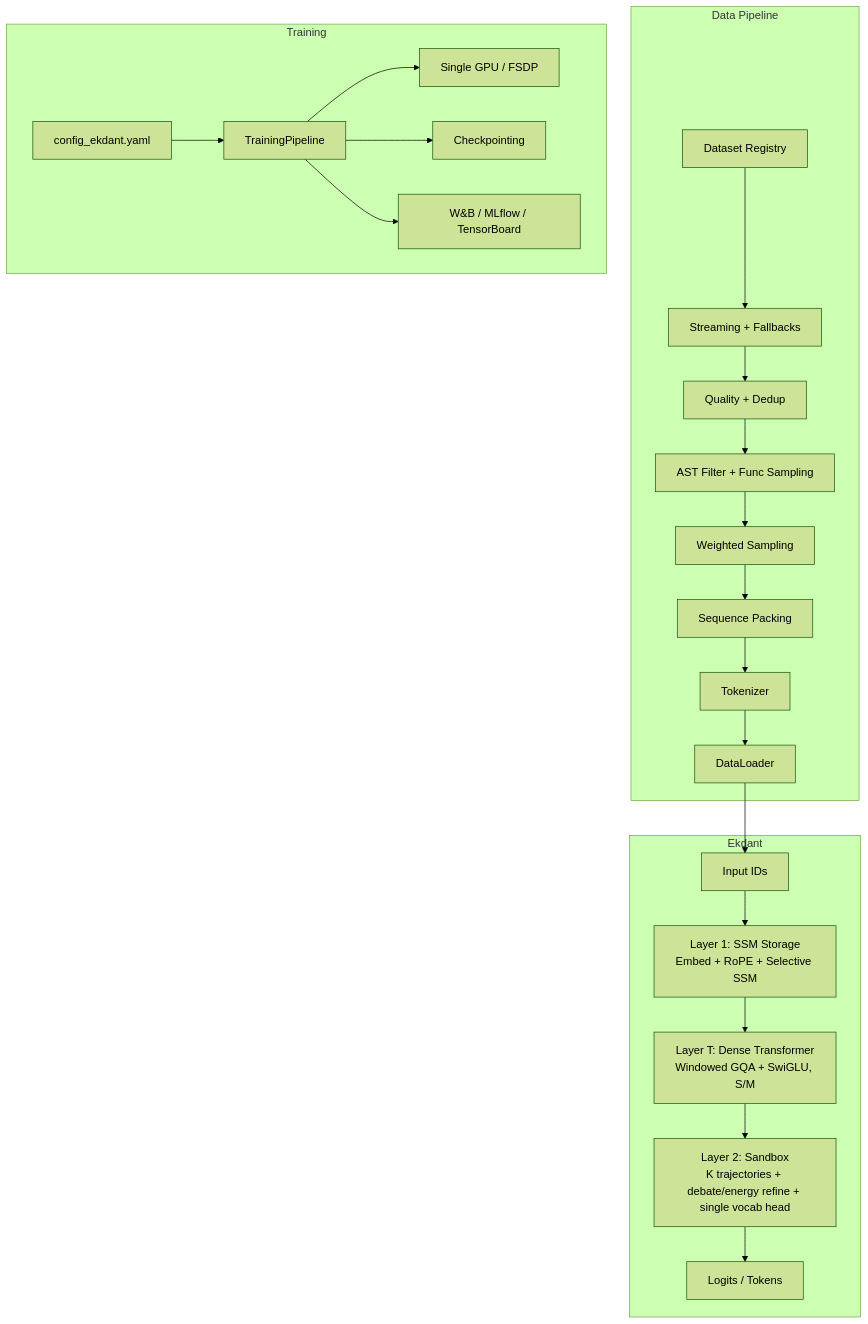
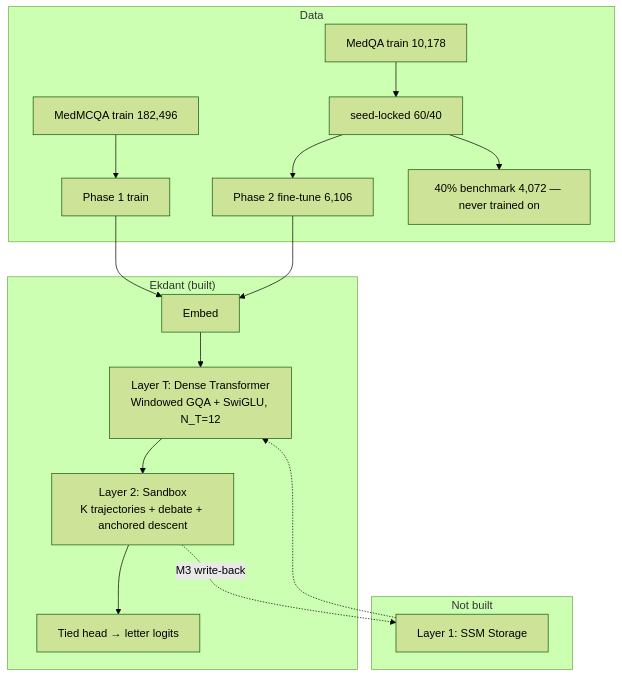
Before and after one commit to N0t-Harshil/Ekdant-LLM: the diagram in 01-Introduction/01_Project_Overview.md, drawn with Mermaid (forest theme). The commit also changed other lines of this file and 24 other files, not shown here.

First line of the commit message:
Align thesis and docs to the built T+L2 model on MedMCQA/MedQA

````diff
--- a/01-Introduction/01_Project_Overview.md
+++ b/01-Introduction/01_Project_Overview.md
@@ -36,27 +35,20 @@
 ```mermaid
 graph TB
-    subgraph "Data Pipeline"
-        REG[Dataset Registry] --> STREAM[Streaming + Fallbacks]
-        STREAM --> QUAL[Quality + Dedup]
-        QUAL --> AST[AST Filter + Func Sampling]
-        AST --> WS[Weighted Sampling]
-        WS --> PACK[Sequence Packing]
-        PACK --> TOK[Tokenizer]
-        TOK --> DL[DataLoader]
+    subgraph "Data"
+        MM[MedMCQA train 182,496] --> P1[Phase 1 train]
+        MQ[MedQA train 10,178] --> SPLIT[seed-locked 60/40]
+        SPLIT --> P2[Phase 2 fine-tune 6,106]
+        SPLIT --> BENCH[40% benchmark 4,072 — never trained on]
     end
-
-    subgraph "Ekdant"
-        DL --> INP[Input IDs]
-        INP --> L1[Layer 1: SSM Storage<br/>Embed + RoPE + Selective SSM]
-        L1 --> TR[Layer T: Dense Transformer<br/>Windowed GQA + SwiGLU, S/M]
-        TR --> L2[Layer 2: Sandbox<br/>K trajectories + debate/energy refine + single vocab head]
-        L2 --> OUT[Logits / Tokens]
+    subgraph "Ekdant (built)"
+        P1 --> EMB[Embed]
+        P2 --> EMB
+        EMB --> TR[Layer T: Dense Transformer<br/>Windowed GQA + SwiGLU, N_T=12]
+        TR --> L2[Layer 2: Sandbox<br/>K trajectories + debate + anchored descent]
+        L2 --> OUT[Tied head → letter logits]
     end
-
-    subgraph "Training"
-        CFG[config_ekdant.yaml] --> TP[TrainingPipeline]
-        TP --> DIST[Single GPU / FSDP]
-        TP --> CKPT[Checkpointing]
-        TP --> LOG[W&B / MLflow / TensorBoard]
+    subgraph "Not built"
+        L1[Layer 1: SSM Storage] -.-> TR
+        L2 -.M3 write-back.-> L1
     end
 ```
````
